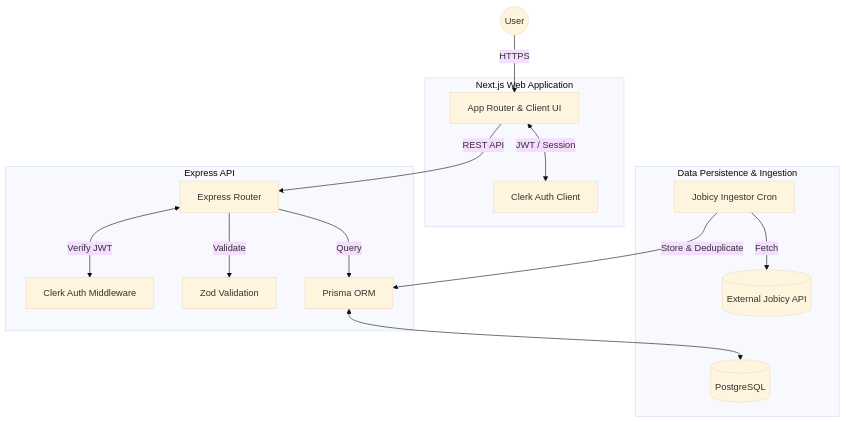
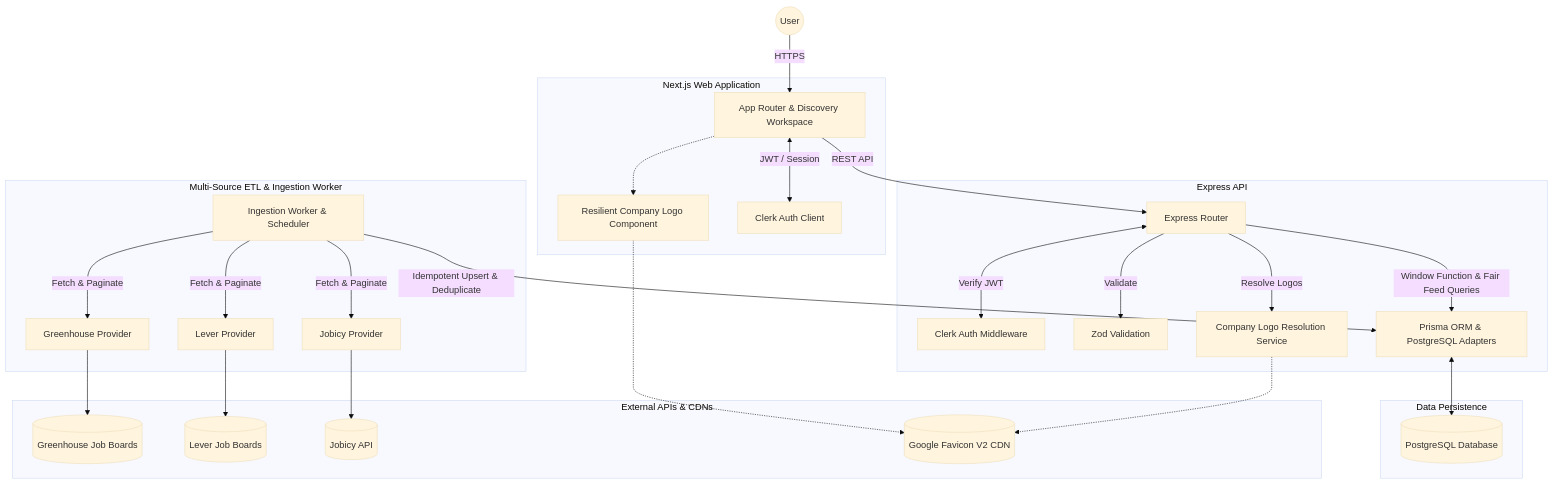
The diagram in README.md (NSharp-mahajan/Intelligence-Engine), drawn with Mermaid (base theme) before and after one commit. The commit also changed other lines of this file and 14 other files, not shown here.

Commit message:
feat: add multi-source ingestion, balanced discovery feed, and company branding logos

````diff
--- a/README.md
+++ b/README.md
@@ -13,30 +13,52 @@
 ```mermaid
 flowchart TD
     subgraph Frontend [Next.js Web Application]
-        UI[App Router & Client UI]
+        UI[App Router & Discovery Workspace]
+        BrandUI[Resilient Company Logo Component]
         AuthC[Clerk Auth Client]
     end
 
     subgraph Backend [Express API]
         API[Express Router]
         AuthS[Clerk Auth Middleware]
         Zod[Zod Validation]
-        Prisma[Prisma ORM]
+        BrandSvc[Company Logo Resolution Service]
+        Prisma[Prisma ORM & PostgreSQL Adapters]
     end
 
-    subgraph Data [Data Persistence & Ingestion]
-        PG[(PostgreSQL)]
-        Ingest[Jobicy Ingestor Cron]
-        Jobicy[(External Jobicy API)]
+    subgraph Ingestion [Multi-Source ETL & Ingestion Worker]
+        Worker[Ingestion Worker & Scheduler]
+        GH[Greenhouse Provider]
+        LV[Lever Provider]
+        JB[Jobicy Provider]
+    end
+
+    subgraph External [External APIs & CDNs]
+        ExtGH[(Greenhouse Job Boards)]
+        ExtLV[(Lever Job Boards)]
+        ExtJB[(Jobicy API)]
+        GoogleCDN[(Google Favicon V2 CDN)]
+    end
+
+    subgraph Data [Data Persistence]
+        PG[(PostgreSQL Database)]
     end
 
     User((User)) -->|HTTPS| UI
     UI <-->|JWT / Session| AuthC
     UI -->|REST API| API
     API <-->|Verify JWT| AuthS
     API -->|Validate| Zod
-    API -->|Query| Prisma
+    API -->|Resolve Logos| BrandSvc
+    BrandSvc -.-> GoogleCDN
+    UI -.-> BrandUI
+    BrandUI -.-> GoogleCDN
+    API -->|Window Function & Fair Feed Queries| Prisma
     Prisma <--> PG
-    Ingest -->|Fetch| Jobicy
-    Ingest -->|Store & Deduplicate| Prisma
+
+    Worker -->|Fetch & Paginate| GH & LV & JB
+    GH --> ExtGH
+    LV --> ExtLV
+    JB --> ExtJB
+    Worker -->|Idempotent Upsert & Deduplicate| Prisma
 ```
````
